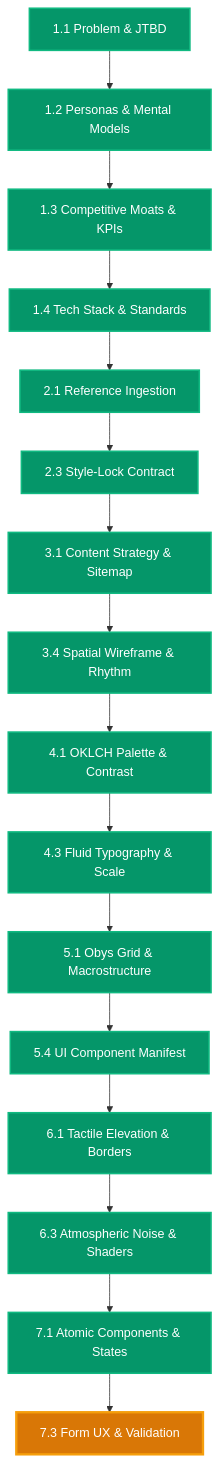
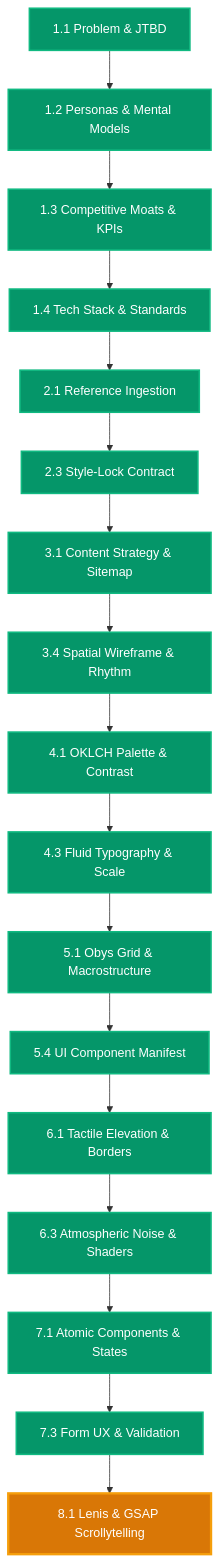
The diagram in RESUME.md (atinek-182/Vidya-Dham-Academy), drawn with Mermaid before and after one commit. The commit also changed other lines of this file and 9 other files, not shown here.

Commit message:
[EVOLVE]: Complete Phase 7.3 Form UX, inline validation, and headless Toaster

````diff
--- a/RESUME.md
+++ b/RESUME.md
@@ -42,22 +42,23 @@
 ```mermaid
 graph TD
   P1_1["1.1 Problem & JTBD"]:::completed --> P1_2["1.2 Personas & Mental Models"]:::completed
   P1_2 --> P1_3["1.3 Competitive Moats & KPIs"]:::completed
   P1_3 --> P1_4["1.4 Tech Stack & Standards"]:::completed
   P1_4 --> P2_1["2.1 Reference Ingestion"]:::completed
   P2_1 --> P2_3["2.3 Style-Lock Contract"]:::completed
   P2_3 --> P3_1["3.1 Content Strategy & Sitemap"]:::completed
   P3_1 --> P3_4["3.4 Spatial Wireframe & Rhythm"]:::completed
   P3_4 --> P4_1["4.1 OKLCH Palette & Contrast"]:::completed
   P4_1 --> P4_3["4.3 Fluid Typography & Scale"]:::completed
   P4_3 --> P5_1["5.1 Obys Grid & Macrostructure"]:::completed
   P5_1 --> P5_4["5.4 UI Component Manifest"]:::completed
   P5_4 --> P6_1["6.1 Tactile Elevation & Borders"]:::completed
   P6_1 --> P6_3["6.3 Atmospheric Noise & Shaders"]:::completed
   P6_3 --> P7_1["7.1 Atomic Components & States"]:::completed
-  P7_1 --> P7_3["7.3 Form UX & Validation"]:::active
+  P7_1 --> P7_3["7.3 Form UX & Validation"]:::completed
+  P7_3 --> P8_1["8.1 Lenis & GSAP Scrollytelling"]:::active
 
   classDef completed fill:#059669,stroke:#10b981,color:#ffffff,stroke-width:2px;
   classDef active fill:#d97706,stroke:#f59e0b,color:#ffffff,stroke-width:3px;
   classDef pending fill:#1f2937,stroke:#374151,color:#9ca3af,stroke-width:1px;
 ```
````
